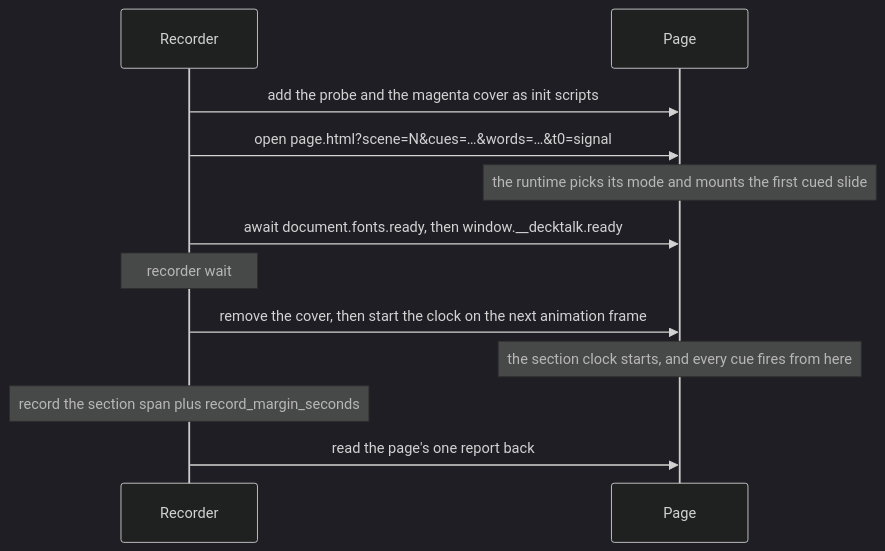
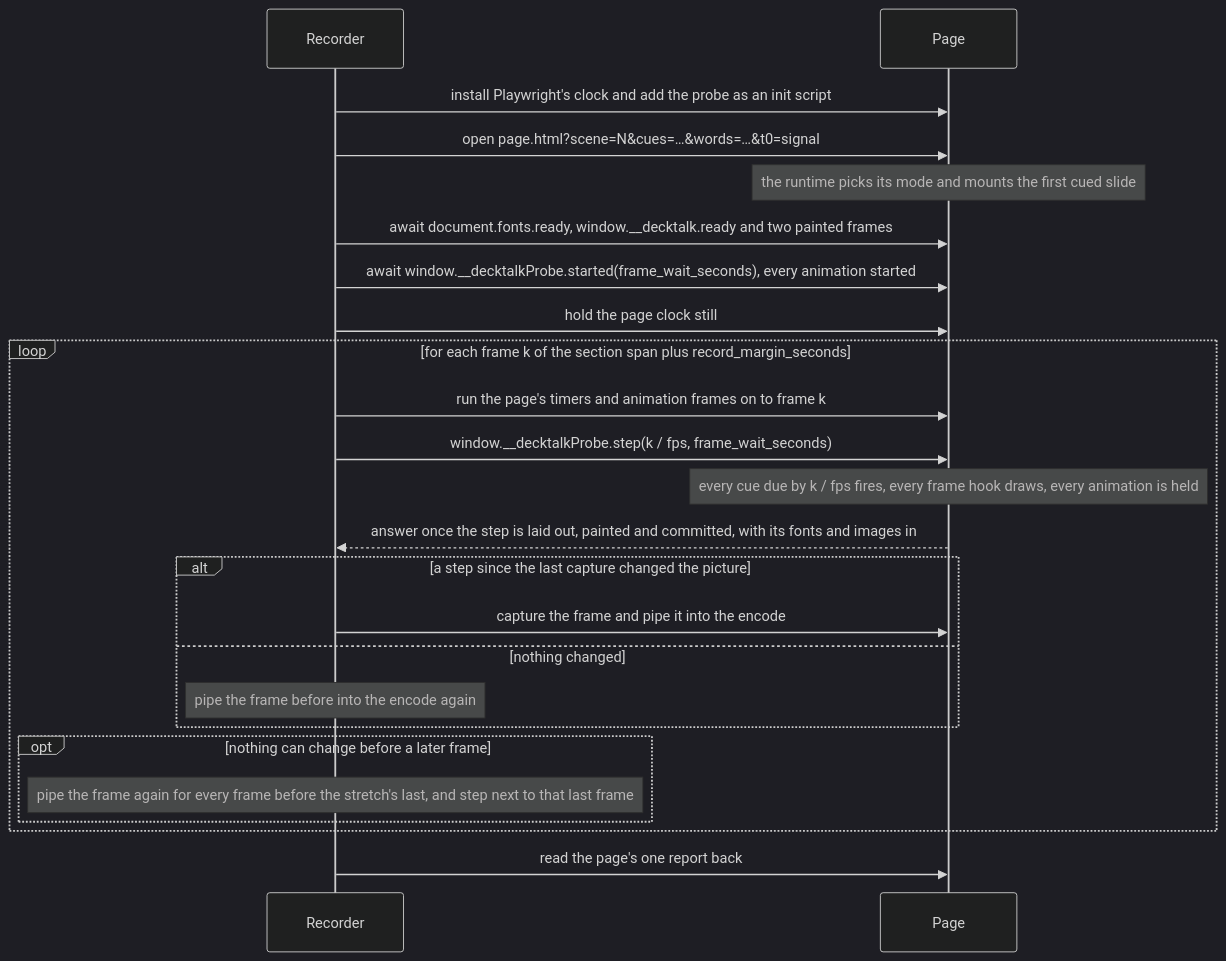
The diagram in docs/concepts/page-contract.mdx (jacobcbeaudin/decktalk), drawn with Mermaid (dark theme) before and after one commit. The commit also changed other lines of this file and 210 other files, not shown here.

First line of the commit message:
feat(record): record by stepping the section clock and declare motion

````diff
--- a/docs/concepts/page-contract.mdx
+++ b/docs/concepts/page-contract.mdx
@@ -263,14 +340,26 @@
 ```mermaid
 sequenceDiagram
     participant R as Recorder
     participant P as Page
-    R->>P: add the probe and the magenta cover as init scripts
+    R->>P: install Playwright's clock and add the probe as an init script
     R->>P: open page.html?scene=N&cues=…&words=…&t0=signal
     Note over P: the runtime picks its mode and mounts the first cued slide
-    R->>P: await document.fonts.ready, then window.__decktalk.ready
-    Note over R: recorder wait
-    R->>P: remove the cover, then start the clock on the next animation frame
-    Note over P: the section clock starts, and every cue fires from here
-    Note over R: record the section span plus record_margin_seconds
+    R->>P: await document.fonts.ready, window.__decktalk.ready and two painted frames
+    R->>P: await window.__decktalkProbe.started(frame_wait_seconds), every animation started
+    R->>P: hold the page clock still
+    loop for each frame k of the section span plus record_margin_seconds
+        R->>P: run the page's timers and animation frames on to frame k
+        R->>P: window.__decktalkProbe.step(k / fps, frame_wait_seconds)
+        Note over P: every cue due by k / fps fires, every frame hook draws, every animation is held
+        P-->>R: answer once the step is laid out, painted and committed, with its fonts and images in
+        alt a step since the last capture changed the picture
+            R->>P: capture the frame and pipe it into the encode
+        else nothing changed
+            Note over R: pipe the frame before into the encode again
+        end
+        opt nothing can change before a later frame
+            Note over R: pipe the frame again for every frame before the stretch's last, and step next to that last frame
+        end
+    end
     R->>P: read the page's one report back
 ```
````
